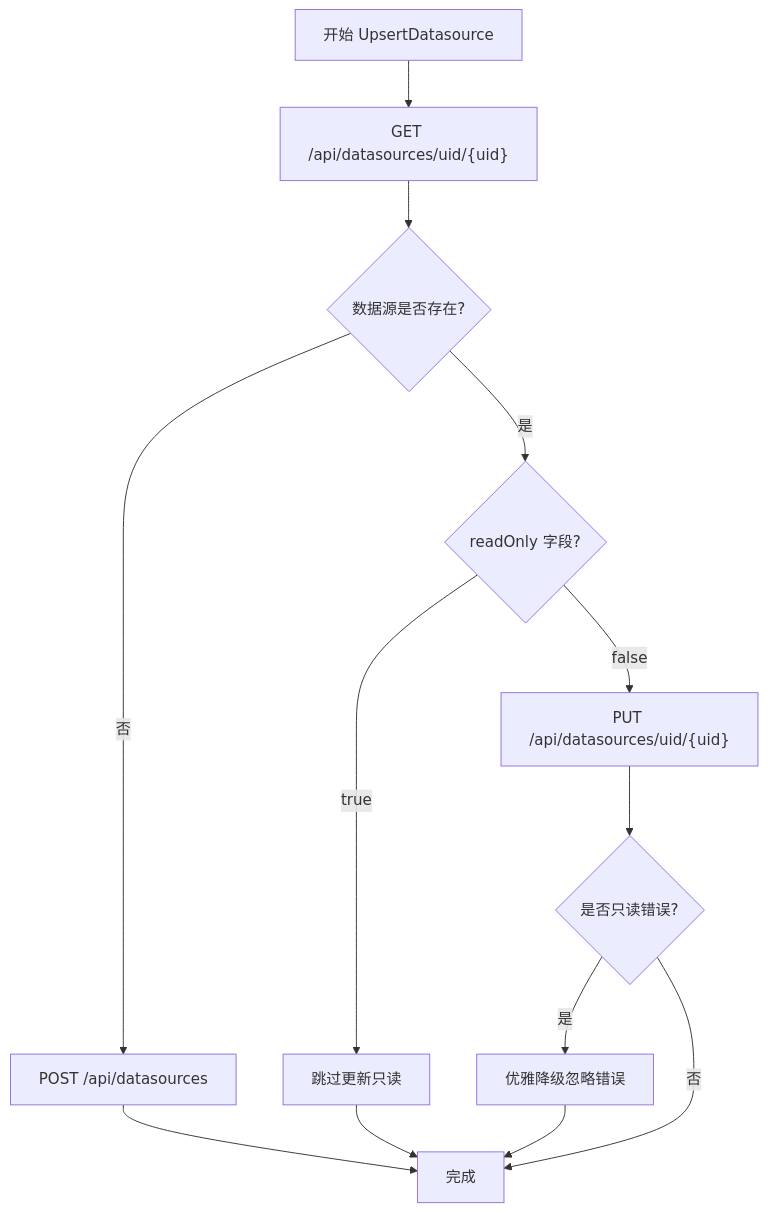
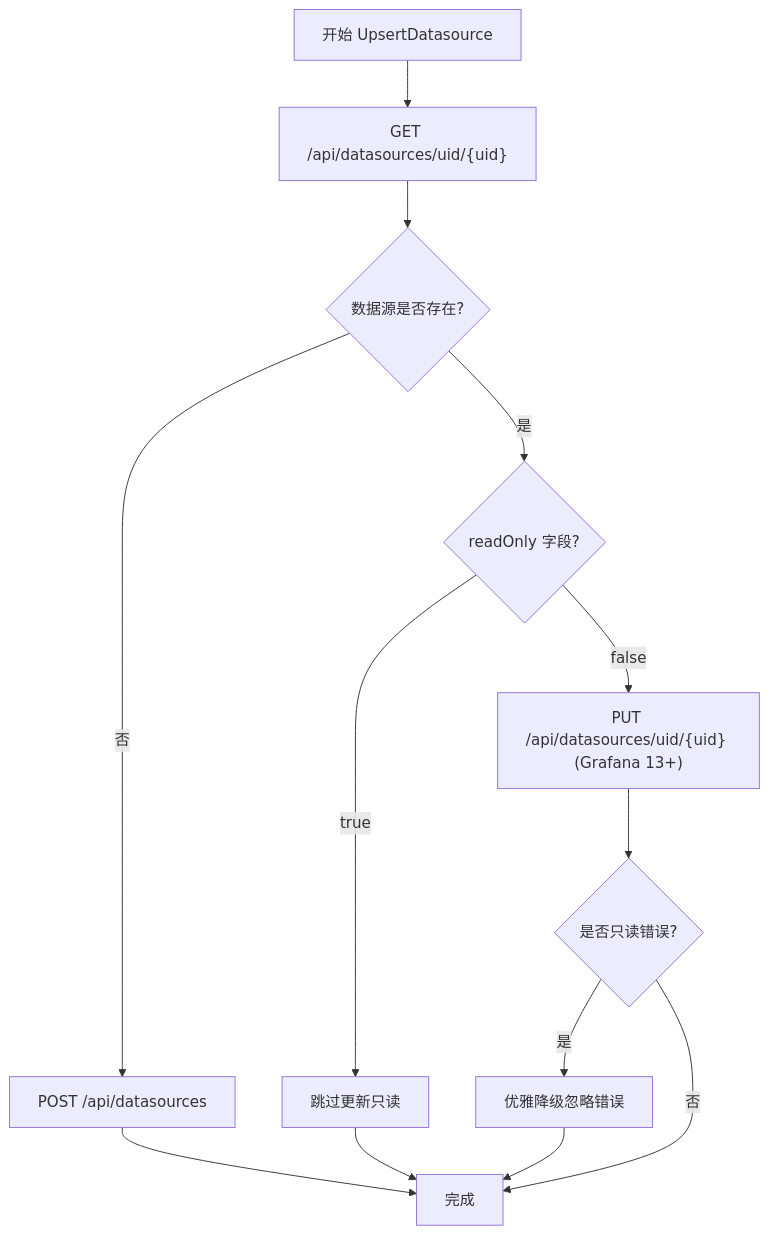
The sixth of 7 diagrams in .qoder/repowiki/zh/content/前端应用/核心页面功能/设置页面/集成配置/Grafana 集成.md (xied1133-oss/ongrid), drawn with Mermaid before and after one commit. The commit also changed other lines of this file and 554 other files, not shown here.

````diff
--- a/.qoder/repowiki/zh/content/前端应用/核心页面功能/设置页面/集成配置/Grafana 集成.md
+++ b/.qoder/repowiki/zh/content/前端应用/核心页面功能/设置页面/集成配置/Grafana 集成.md
@@ -302,15 +305,15 @@
 ```mermaid
 flowchart TD
 Start["开始 UpsertDatasource"] --> GetDS["GET /api/datasources/uid/{uid}"]
 GetDS --> CheckExists{"数据源是否存在?"}
 CheckExists --> |否| CreateDS["POST /api/datasources"]
 CheckExists --> |是| CheckReadOnly{"readOnly 字段?"}
 CheckReadOnly --> |true| SkipUpdate["跳过更新只读"]
-CheckReadOnly --> |false| UpdateDS["PUT /api/datasources/uid/{uid}"]
+CheckReadOnly --> |false| UpdateDS["PUT /api/datasources/uid/{uid} (Grafana 13+)"]
 UpdateDS --> CheckError{"是否只读错误?"}
 CheckError --> |是| GracefulFallback["优雅降级忽略错误"]
 CheckError --> |否| Success["完成"]
 SkipUpdate --> Success
 CreateDS --> Success
 GracefulFallback --> Success
 ```
````
